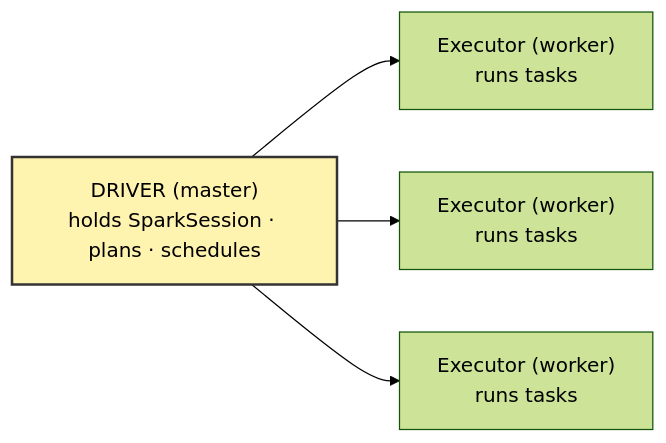
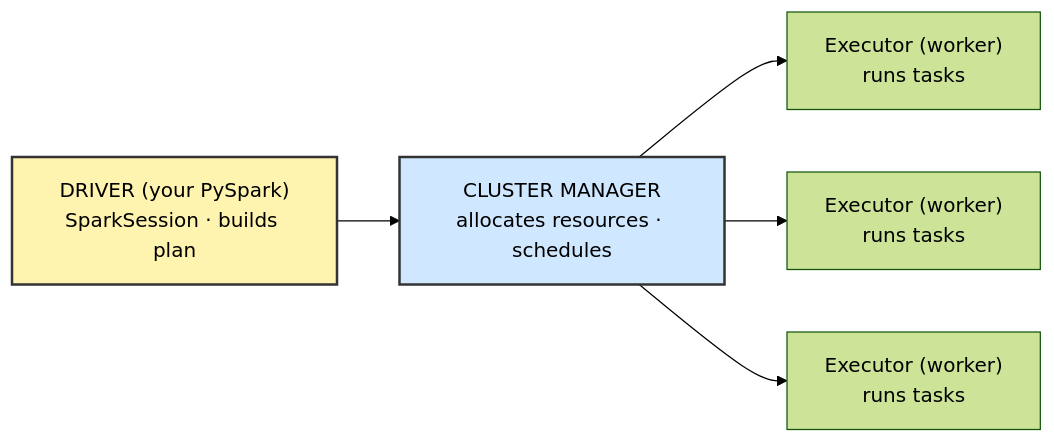
Before and after one commit to lfariabr/masters-swe-ai: the diagram in 2026-T2/BDA/modules/module-04-apache-spark/module04_one-pager.md, drawn with Mermaid (forest theme). The commit also changed other lines of this file and 3 other files, not shown here.

````diff
--- a/2026-T2/BDA/modules/module-04-apache-spark/module04_one-pager.md
+++ b/2026-T2/BDA/modules/module-04-apache-spark/module04_one-pager.md
@@ -23,7 +23,9 @@
 ```mermaid
 flowchart LR
-    D["DRIVER (master)<br/>holds SparkSession · plans · schedules"] --> E1["Executor (worker)<br/>runs tasks"]
-    D --> E2["Executor (worker)<br/>runs tasks"]
-    D --> E3["Executor (worker)<br/>runs tasks"]
+    D["DRIVER (your PySpark)<br/>SparkSession · builds plan"] --> CM["CLUSTER MANAGER<br/>allocates resources · schedules"]
+    CM --> E1["Executor (worker)<br/>runs tasks"]
+    CM --> E2["Executor (worker)<br/>runs tasks"]
+    CM --> E3["Executor (worker)<br/>runs tasks"]
     style D fill:#fff3b0,stroke:#333,stroke-width:2px
+    style CM fill:#cfe8ff,stroke:#333,stroke-width:2px
 ```
````
